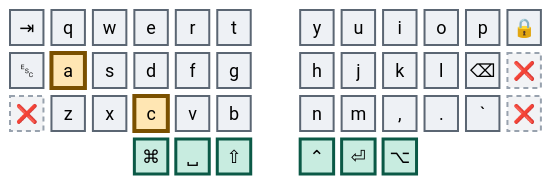
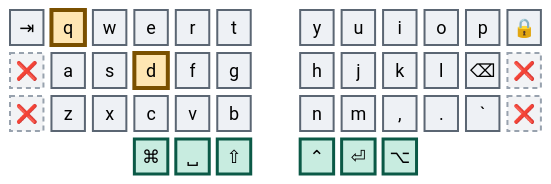
One commit to abloch/zmk-corne changed diagram 16 of 41 in combos.md. Above: the diagram before and after it, drawn with Mermaid. The commit also changed other lines of this file and 5 other files, not shown here.

````diff
--- a/combos.md
+++ b/combos.md
@@ -423,21 +425,21 @@
 ```mermaid
 %%{init: {'theme':'base','themeVariables':{'primaryColor':'#eef1f5','primaryTextColor':'#0b0f14','primaryBorderColor':'#5b6673','nodeTextColor':'#0b0f14','textColor':'#0b0f14','mainBkg':'#eef1f5','fontSize':'18px'}}}%%
 block
 columns 13
 
   tab["⇥"] q w e r t space y u i o p lock["🔒"]
-  esc["␛"] a s d f g space h j k l bspc["⌫"] x1["❌"]
+  x4["❌"] a s d f g space h j k l bspc["⌫"] x1["❌"]
   x2["❌"] z x c v b space n m cma[","] dot["."] grv[" `"] x3["❌"]
   space:3 cmd["⌘"] spc["␣"] sft["⇧"] space ctl["⌃"] ent["⏎"] alt["⌥"] space:3
 
   classDef anchor fill:#bfe6f0,stroke:#0a4f63,stroke-width:4px,color:#04222b
   classDef trig fill:#ffe6b3,stroke:#7a5000,stroke-width:4px,color:#2e1e00
   classDef core fill:#eef1f5,stroke:#5b6673,stroke-width:2px,color:#0b0f14
   classDef thumb fill:#c8ece0,stroke:#0b5946,stroke-width:3px,color:#06241c
   classDef dead fill:#f2f3f5,stroke:#98a2ae,stroke-width:2px,stroke-dasharray:5 4,color:#5b6673
 
-  class a,c trig
-  class tab,q,w,e,r,t,y,u,i,o,p,lock,esc,s,d,f,g,h,j,k,l,bspc,z,x,v,b,n,m,cma,dot,grv core
+  class q,d trig
+  class tab,w,e,r,t,y,u,i,o,p,lock,a,s,f,g,h,j,k,l,bspc,z,x,c,v,b,n,m,cma,dot,grv core
   class cmd,spc,sft,ctl,ent,alt thumb
-  class x1,x2,x3 dead
+  class x1,x2,x3,x4 dead
 ```
````
